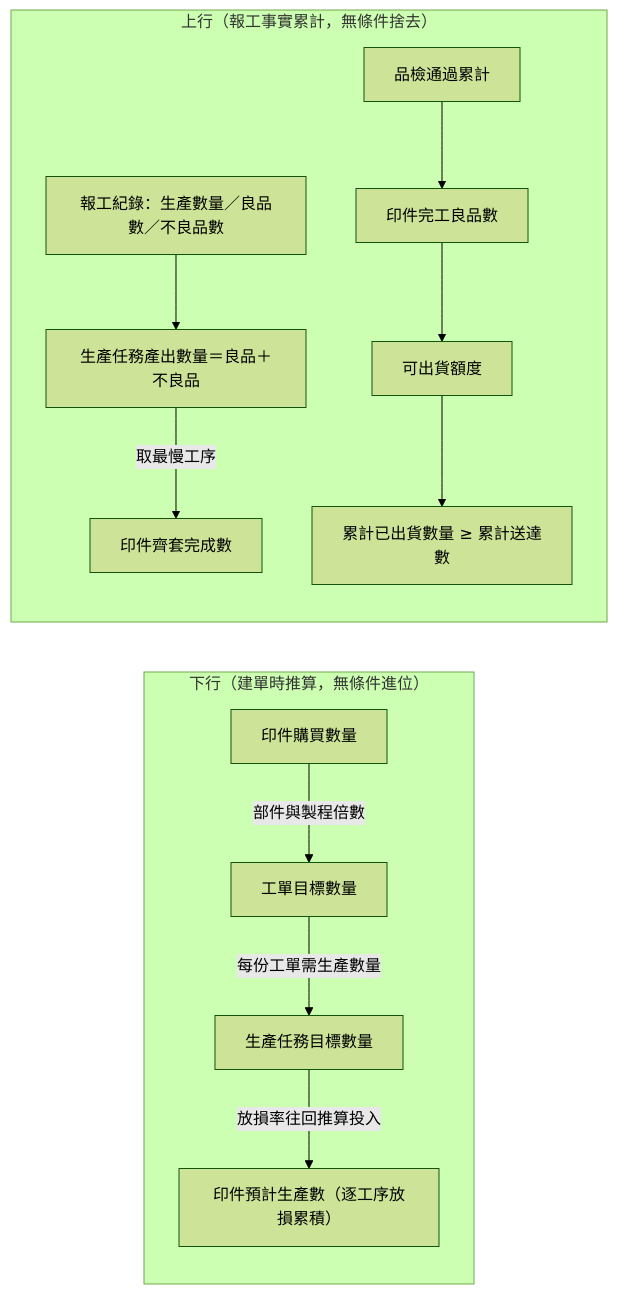
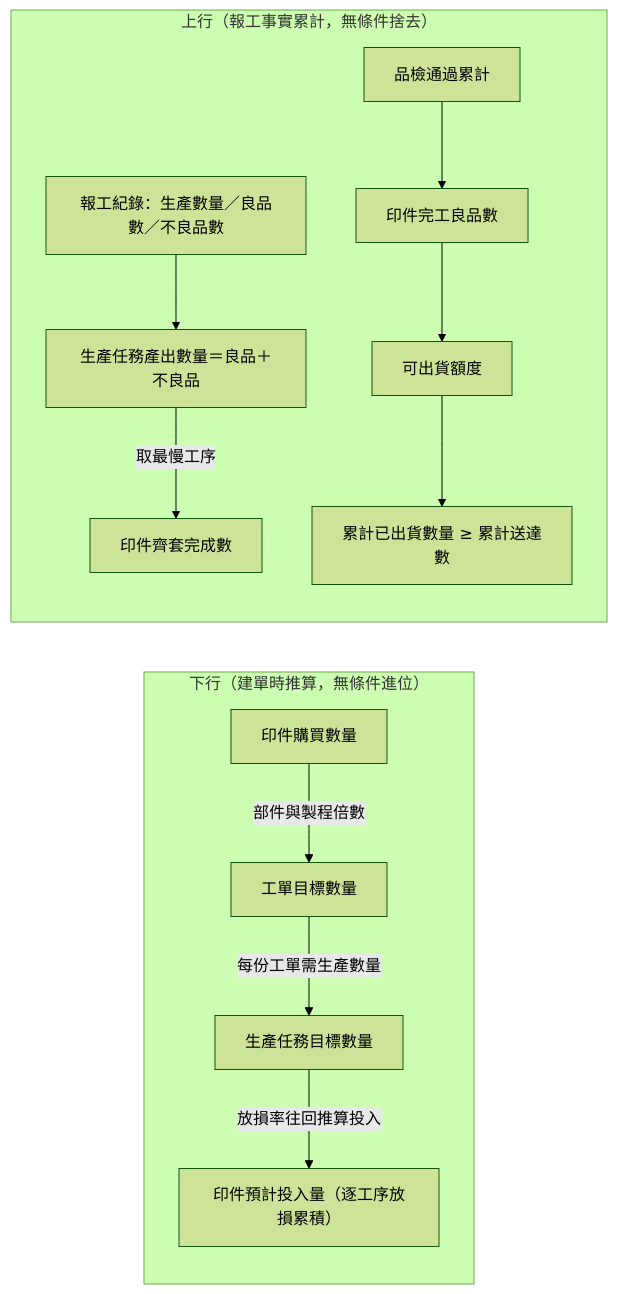
One commit to Kawato-Miles/erp-spec changed the third of 4 diagrams in memory/Sens_wiki/wiki/erp/05-entities/生產領域資料結構總覽.md. Above: the diagram before and after it, drawn with Mermaid (forest theme). The commit also changed 8 other files, not shown here.

````diff
--- a/memory/Sens_wiki/wiki/erp/05-entities/生產領域資料結構總覽.md
+++ b/memory/Sens_wiki/wiki/erp/05-entities/生產領域資料結構總覽.md
@@ -82,15 +82,15 @@
 ```mermaid
 flowchart LR
     subgraph 下行規劃["下行（建單時推算，無條件進位）"]
         Q1["印件購買數量"] -->|"部件與製程倍數"| Q2["工單目標數量"]
         Q2 -->|"每份工單需生產數量"| Q3["生產任務目標數量"]
-        Q3 -->|"放損率往回推算投入"| Q4["印件預計生產數（逐工序放損累積）"]
+        Q3 -->|"放損率往回推算投入"| Q4["印件預計投入量（逐工序放損累積）"]
     end
     subgraph 上行收斂["上行（報工事實累計，無條件捨去）"]
         R1["報工紀錄：生產數量／良品數／不良品數"] --> R2["生產任務產出數量＝良品＋不良品"]
         R2 -->|"取最慢工序"| R3["印件齊套完成數"]
         R4["品檢通過累計"] --> R5["印件完工良品數"]
         R5 --> R6["可出貨額度"]
         R6 --> R7["累計已出貨數量 ≥ 累計送達數"]
     end
 ```
````
